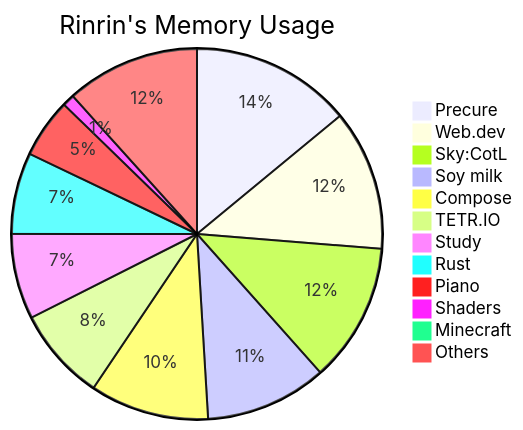
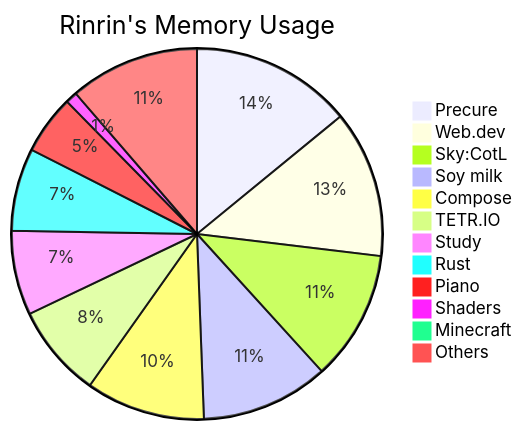
One commit to Rinrin0413/Rinrin0413 changed the diagram in README.md. Above: the diagram before and after it, drawn with Mermaid.

Commit message:
🛠 Update: Rinrin's Memory Usage

````diff
--- a/README.md
+++ b/README.md
@@ -76,15 +76,15 @@
 ```mermaid
 pie title Rinrin's Memory Usage
-    "Precure": 586
-    "Web.dev": 513
-    "Sky:CotL": 508
-    "Soy milk": 444
-    "Compose": 434
+    "Precure": 590
+    "Web.dev": 538
+    "Sky:CotL": 476
+    "Soy milk": 467
+    "Compose": 436
     "TETR.IO": 340
-    "Study": 312
-    "Rust": 297
+    "Study": 309
+    "Rust": 302
     "Piano": 216
-    "Shaders": 44
-    "Minecraft": 41
-    "Others": 488
+    "Shaders": 43
+    "Minecraft": 39
+    "Others": 475
 ```
````
